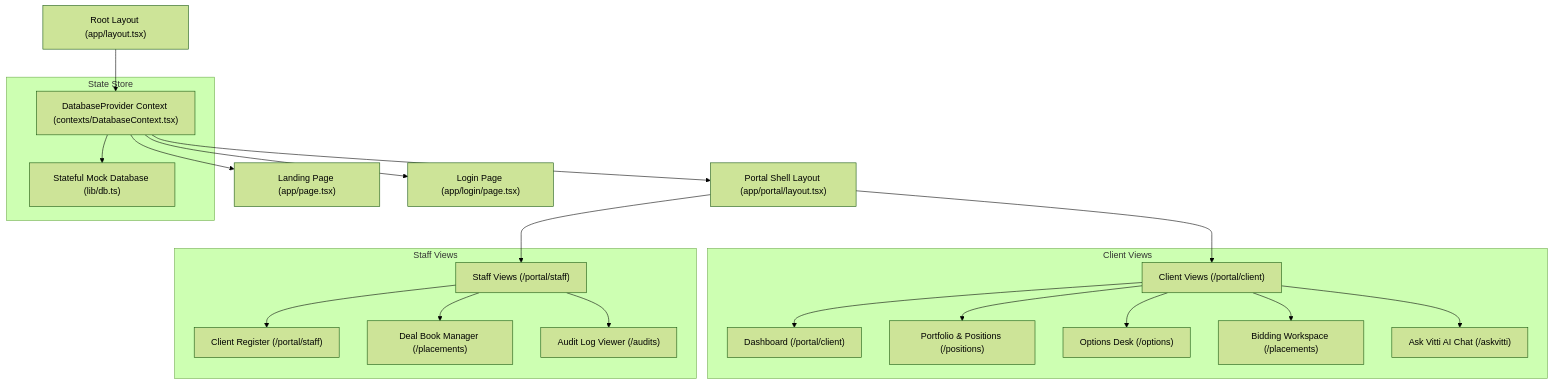
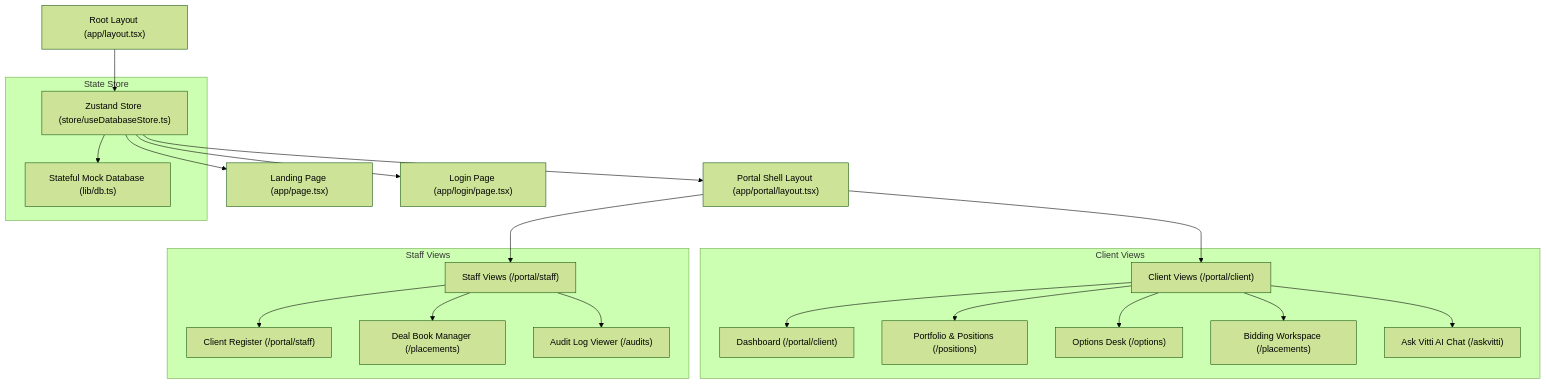
One commit to Vitti-Capital-Tech/client-dashboard changed the diagram in docs/HLD.md. Above: the diagram before and after it, drawn with Mermaid (forest theme). The commit also changed other lines of this file and 26 other files, not shown here.

Commit message:
Added the zustand store optimisation to the code

````diff
--- a/docs/HLD.md
+++ b/docs/HLD.md
@@ -15,28 +15,28 @@
 ```mermaid
 graph TD
-    A["Root Layout (app/layout.tsx)"] --> B["DatabaseProvider Context (contexts/DatabaseContext.tsx)"]
+    A["Root Layout (app/layout.tsx)"] --> B["Zustand Store (store/useDatabaseStore.ts)"]
     B --> C["Landing Page (app/page.tsx)"]
     B --> D["Login Page (app/login/page.tsx)"]
     B --> E["Portal Shell Layout (app/portal/layout.tsx)"]
     
     E --> F["Client Views (/portal/client)"]
     E --> G["Staff Views (/portal/staff)"]
     
     subgraph "State Store"
         B --> DB["Stateful Mock Database (lib/db.ts)"]
     end
     
     subgraph "Client Views"
         F --> F1["Dashboard (/portal/client)"]
         F --> F2["Portfolio & Positions (/positions)"]
         F --> F3["Options Desk (/options)"]
         F --> F4["Bidding Workspace (/placements)"]
         F --> F5["Ask Vitti AI Chat (/askvitti)"]
     end
     
     subgraph "Staff Views"
         G --> G1["Client Register (/portal/staff)"]
         G --> G2["Deal Book Manager (/placements)"]
         G --> G3["Audit Log Viewer (/audits)"]
     end
 ```
````
